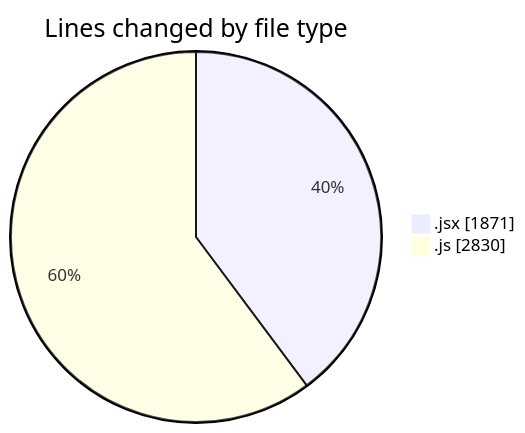
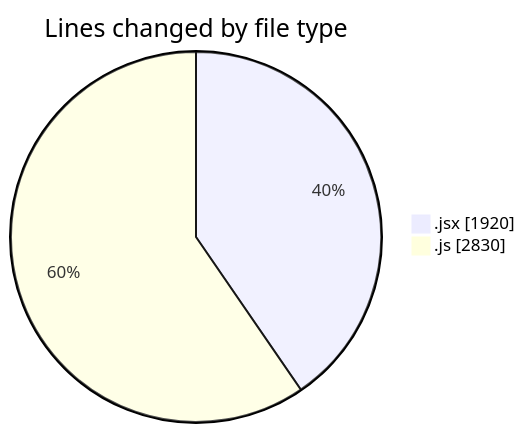
Before and after one commit to nxtqubesakshisongat/code-tracking: the first of 2 diagrams in 2025-11-07/nxtqube_webapp/README.md, drawn with Mermaid. The commit also changed other lines of this file and 1 other file, not shown here.

````diff
--- a/2025-11-07/nxtqube_webapp/README.md
+++ b/2025-11-07/nxtqube_webapp/README.md
@@ -27,6 +27,6 @@
 ```mermaid
 pie showData
 title Lines changed by file type
-".jsx" : 1871
+".jsx" : 1920
 ".js" : 2830
 ```
````
